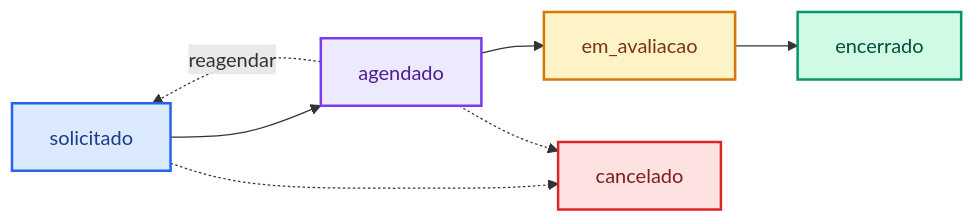
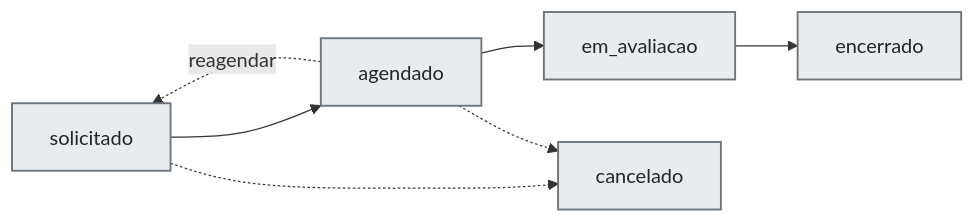
One commit to leonardomoreschi/projeto-chat-chamados changed the second of 3 diagrams in README.md. Above: the diagram before and after it, drawn with Mermaid. The commit also changed other lines of this file, not shown here.

````diff
--- a/README.md
+++ b/README.md
@@ -88,21 +87,21 @@
 ```mermaid
 flowchart LR
     S["solicitado"] --> A["agendado"]
     A --> E["em_avaliacao"]
     E --> F["encerrado"]
     S -.-> C["cancelado"]
     A -.-> C
     A -.->|"reagendar"| S
 
-    classDef pedido    fill:#dbeafe,stroke:#2563eb,stroke-width:2px,color:#1e3a8a
-    classDef marcado   fill:#ede9fe,stroke:#7c3aed,stroke-width:2px,color:#4c1d95
-    classDef avaliando fill:#fef3c7,stroke:#d97706,stroke-width:2px,color:#78350f
-    classDef fim       fill:#d1fae5,stroke:#059669,stroke-width:2px,color:#064e3b
-    classDef cancelado fill:#fee2e2,stroke:#dc2626,stroke-width:2px,color:#7f1d1d
+    classDef pedido    fill:#e9ecef,stroke:#6c757d,stroke-width:1.5px,color:#212529
+    classDef marcado   fill:#e9ecef,stroke:#6c757d,stroke-width:1.5px,color:#212529
+    classDef avaliando fill:#e9ecef,stroke:#6c757d,stroke-width:1.5px,color:#212529
+    classDef fim       fill:#e9ecef,stroke:#6c757d,stroke-width:1.5px,color:#212529
+    classDef cancelado fill:#e9ecef,stroke:#6c757d,stroke-width:1.5px,color:#212529
 
     class S pedido
     class A marcado
     class E avaliando
     class F fim
     class C cancelado
 ```
````
